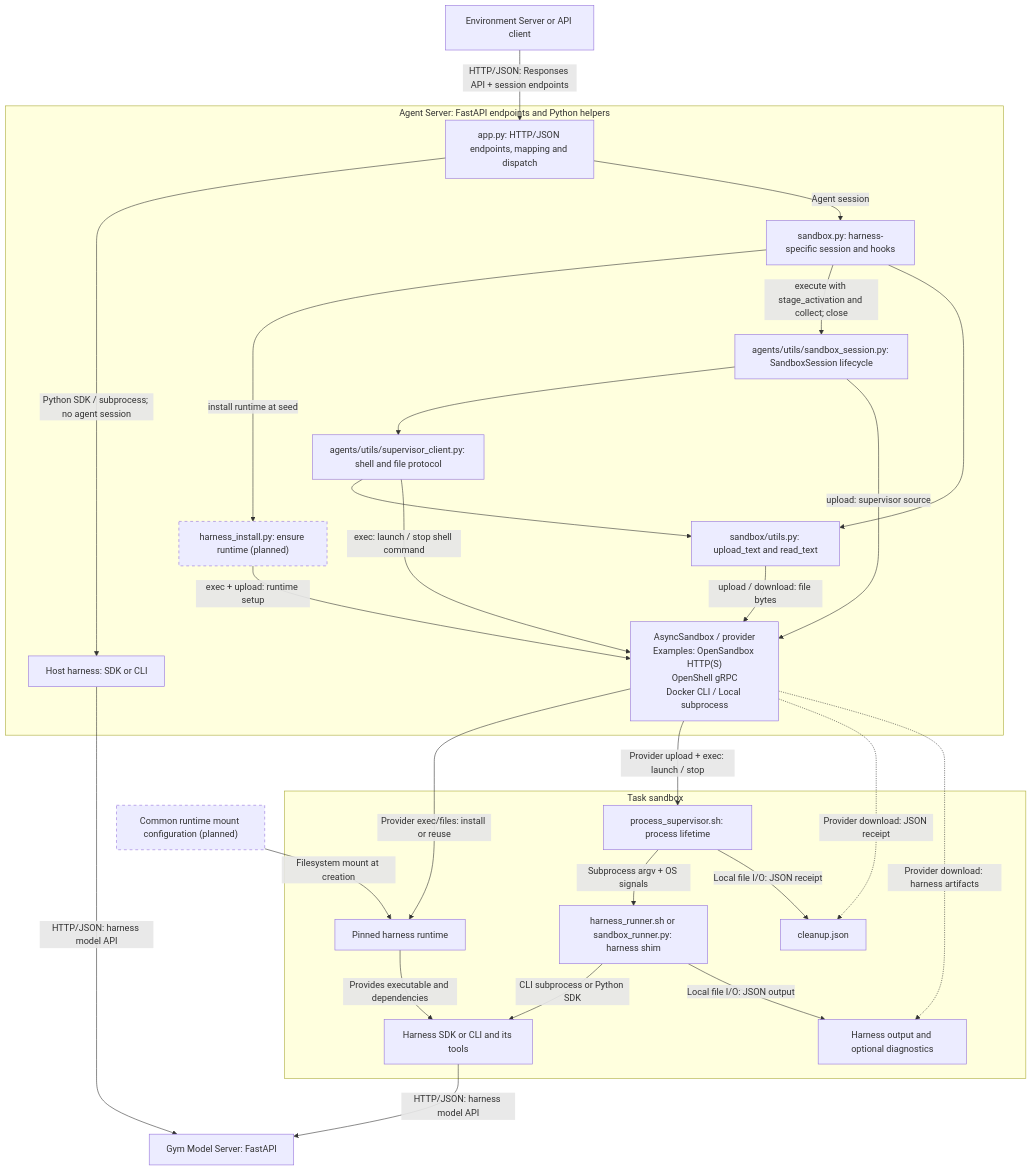
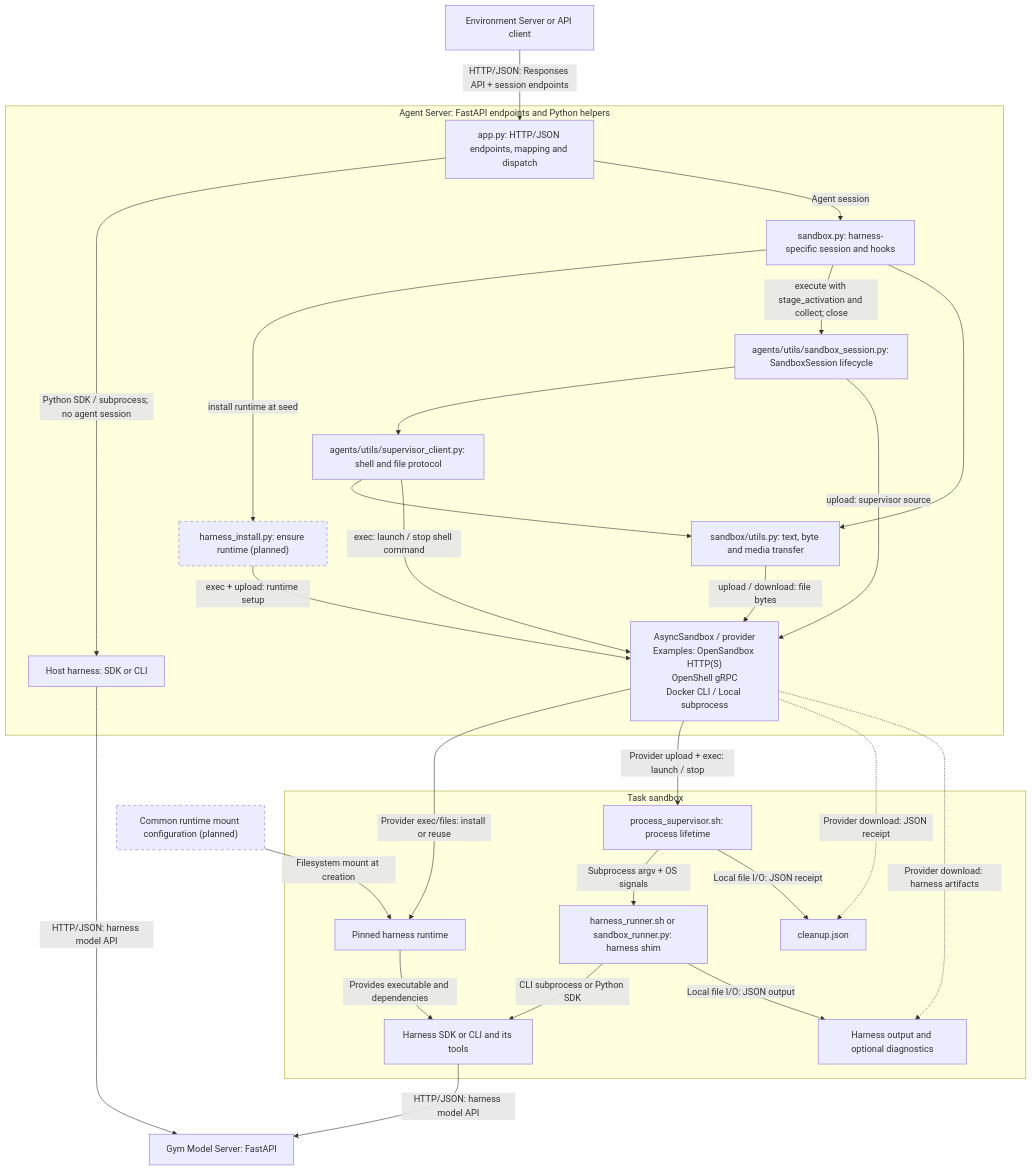
Before and after one commit to NVIDIA-NeMo/Gym: the second of 2 diagrams in fern/versions/latest/pages/agent-server/add-or-update-a-harness.mdx, drawn with Mermaid. The commit also changed other lines of this file and 8 other files, not shown here.

First line of the commit message:
fix(sandbox): check media content and keep read_text line endings

````diff
--- a/fern/versions/latest/pages/agent-server/add-or-update-a-harness.mdx
+++ b/fern/versions/latest/pages/agent-server/add-or-update-a-harness.mdx
@@ -417,54 +417,54 @@
 ```mermaid
 flowchart TB
     ENTRY["Environment Server or API client"]
 
     subgraph AS["Agent Server: FastAPI endpoints and Python helpers"]
         APP["app.py: HTTP/JSON endpoints, mapping and dispatch"]
         LOCAL["Host harness: SDK or CLI"]
         ADAPTER["sandbox.py: harness-specific session and hooks"]
         SESSION["agents/utils/sandbox_session.py: SandboxSession lifecycle"]
         INSTALL["harness_install.py: ensure runtime (planned)"]
         CLIENT["agents/utils/supervisor_client.py: shell and file protocol"]
-        FILES["sandbox/utils.py: upload_text and read_text"]
+        FILES["sandbox/utils.py: text, byte and media transfer"]
         PROVIDER["AsyncSandbox / provider<br/>Examples: OpenSandbox HTTP(S)<br/>OpenShell gRPC<br/>Docker CLI / Local subprocess"]
         APP -->|"Python SDK / subprocess; no agent session"| LOCAL
         APP -->|"Agent session"| ADAPTER
         ADAPTER -->|"install runtime at seed"| INSTALL
         ADAPTER -->|"execute with stage_activation and collect; close"| SESSION
         SESSION --> CLIENT
         ADAPTER --> FILES
         CLIENT --> FILES
         INSTALL -->|"exec + upload: runtime setup"| PROVIDER
         SESSION -->|"upload: supervisor source"| PROVIDER
         CLIENT -->|"exec: launch / stop shell command"| PROVIDER
         FILES -->|"upload / download: file bytes"| PROVIDER
     end
 
     ENTRY -->|"HTTP/JSON: Responses API + session endpoints"| APP
     MOUNTS["Common runtime mount configuration (planned)"]
 
     subgraph SB["Task sandbox"]
         RUNTIME["Pinned harness runtime"]
         SUPERVISOR["process_supervisor.sh: process lifetime"]
         SHIM["harness_runner.sh or sandbox_runner.py: harness shim"]
         HARNESS["Harness SDK or CLI and its tools"]
         CLEANUP["cleanup.json"]
         OUTPUT["Harness output and optional diagnostics"]
         SUPERVISOR -->|"Subprocess argv + OS signals"| SHIM
         SHIM -->|"CLI subprocess or Python SDK"| HARNESS
         RUNTIME -->|"Provides executable and dependencies"| HARNESS
         SUPERVISOR -->|"Local file I/O: JSON receipt"| CLEANUP
         SHIM -->|"Local file I/O: JSON output"| OUTPUT
     end
 
     PROVIDER -->|"Provider exec/files: install or reuse"| RUNTIME
     MOUNTS -->|"Filesystem mount at creation"| RUNTIME
     PROVIDER -->|"Provider upload + exec: launch / stop"| SUPERVISOR
     PROVIDER -.->|"Provider download: JSON receipt"| CLEANUP
     PROVIDER -.->|"Provider download: harness artifacts"| OUTPUT
     HARNESS -->|"HTTP/JSON: harness model API"| MODEL["Gym Model Server: FastAPI"]
     LOCAL -->|"HTTP/JSON: harness model API"| MODEL
 
     classDef planned stroke-dasharray: 5 5;
     class INSTALL,MOUNTS planned;
 ```
````
